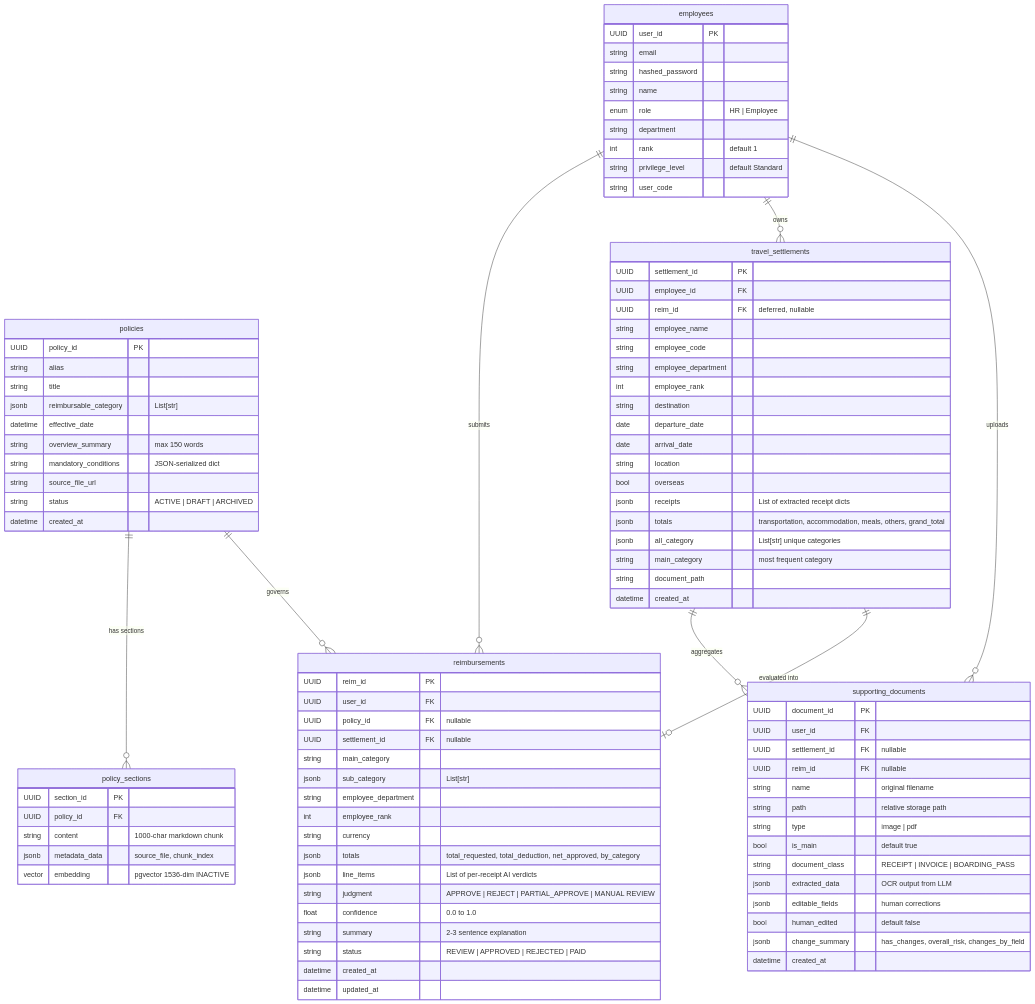
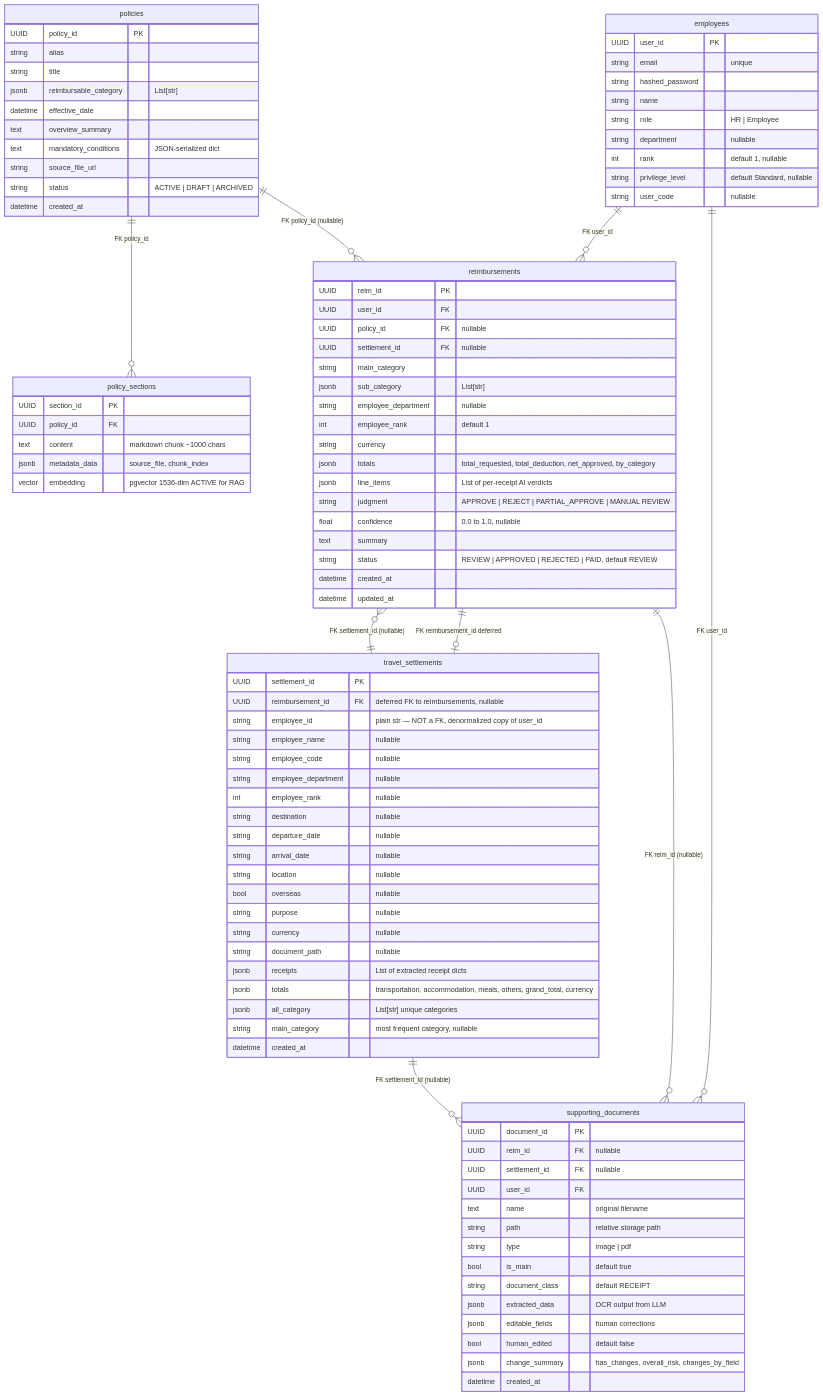
One commit to FilbertNg/reclaim_backup changed the fifth of 6 diagrams in docs/ai-templates/sad/SAD_Mermaid_Diagram.md. Above: the diagram before and after it, drawn with Mermaid. The commit also changed other lines of this file and 6 other files, not shown here.

````diff
--- a/docs/ai-templates/sad/SAD_Mermaid_Diagram.md
+++ b/docs/ai-templates/sad/SAD_Mermaid_Diagram.md
@@ -217,14 +222,14 @@
 erDiagram
     employees {
         UUID user_id PK
-        string email
+        string email "unique"
         string hashed_password
         string name
-        enum role "HR | Employee"
-        string department
-        int rank "default 1"
-        string privilege_level "default Standard"
-        string user_code
+        string role "HR | Employee"
+        string department "nullable"
+        int rank "default 1, nullable"
+        string privilege_level "default Standard, nullable"
+        string user_code "nullable"
     }
 
     policies {
@@ -233,8 +238,8 @@
         string title
         jsonb reimbursable_category "List[str]"
         datetime effective_date
-        string overview_summary "max 150 words"
-        string mandatory_conditions "JSON-serialized dict"
+        text overview_summary
+        text mandatory_conditions "JSON-serialized dict"
         string source_file_url
         string status "ACTIVE | DRAFT | ARCHIVED"
         datetime created_at
@@ -243,29 +248,31 @@
     policy_sections {
         UUID section_id PK
         UUID policy_id FK
-        string content "1000-char markdown chunk"
+        text content "markdown chunk ~1000 chars"
         jsonb metadata_data "source_file, chunk_index"
-        vector embedding "pgvector 1536-dim INACTIVE"
+        vector embedding "pgvector 1536-dim ACTIVE for RAG"
     }
 
     travel_settlements {
         UUID settlement_id PK
-        UUID employee_id FK
-        UUID reim_id FK "deferred, nullable"
-        string employee_name
-        string employee_code
-        string employee_department
-        int employee_rank
-        string destination
-        date departure_date
-        date arrival_date
-        string location
-        bool overseas
+        UUID reimbursement_id FK "deferred FK to reimbursements, nullable"
+        string employee_id "plain str — NOT a FK, denormalized copy of user_id"
+        string employee_name "nullable"
+        string employee_code "nullable"
+        string employee_department "nullable"
+        int employee_rank "nullable"
+        string destination "nullable"
+        string departure_date "nullable"
+        string arrival_date "nullable"
+        string location "nullable"
+        bool overseas "nullable"
+        string purpose "nullable"
+        string currency "nullable"
+        string document_path "nullable"
         jsonb receipts "List of extracted receipt dicts"
-        jsonb totals "transportation, accommodation, meals, others, grand_total"
+        jsonb totals "transportation, accommodation, meals, others, grand_total, currency"
         jsonb all_category "List[str] unique categories"
-        string main_category "most frequent category"
-        string document_path
+        string main_category "most frequent category, nullable"
         datetime created_at
     }
 
@@ -276,29 +283,29 @@
         UUID settlement_id FK "nullable"
         string main_category
         jsonb sub_category "List[str]"
-        string employee_department
-        int employee_rank
+        string employee_department "nullable"
+        int employee_rank "default 1"
         string currency
         jsonb totals "total_requested, total_deduction, net_approved, by_category"
         jsonb line_items "List of per-receipt AI verdicts"
         string judgment "APPROVE | REJECT | PARTIAL_APPROVE | MANUAL REVIEW"
-        float confidence "0.0 to 1.0"
-        string summary "2-3 sentence explanation"
-        string status "REVIEW | APPROVED | REJECTED | PAID"
+        float confidence "0.0 to 1.0, nullable"
+        text summary
+        string status "REVIEW | APPROVED | REJECTED | PAID, default REVIEW"
         datetime created_at
         datetime updated_at
     }
 
     supporting_documents {
         UUID document_id PK
+        UUID reim_id FK "nullable"
+        UUID settlement_id FK "nullable"
         UUID user_id FK
-        UUID settlement_id FK "nullable"
-        UUID reim_id FK "nullable"
-        string name "original filename"
+        text name "original filename"
         string path "relative storage path"
         string type "image | pdf"
         bool is_main "default true"
-        string document_class "RECEIPT | INVOICE | BOARDING_PASS"
+        string document_class "default RECEIPT"
         jsonb extracted_data "OCR output from LLM"
         jsonb editable_fields "human corrections"
         bool human_edited "default false"
@@ -306,11 +313,12 @@
         datetime created_at
     }
 
-    employees ||--o{ reimbursements : "submits"
-    employees ||--o{ travel_settlements : "owns"
-    employees ||--o{ supporting_documents : "uploads"
-    policies ||--o{ policy_sections : "has sections"
-    policies ||--o{ reimbursements : "governs"
-    travel_settlements ||--o{ supporting_documents : "aggregates"
-    travel_settlements ||--o| reimbursements : "evaluated into"
+    employees ||--o{ reimbursements : "FK user_id"
+    employees ||--o{ supporting_documents : "FK user_id"
+    policies ||--o{ policy_sections : "FK policy_id"
+    policies ||--o{ reimbursements : "FK policy_id (nullable)"
+    reimbursements ||--o{ supporting_documents : "FK reim_id (nullable)"
+    reimbursements ||--o| travel_settlements : "FK reimbursement_id deferred"
+    travel_settlements ||--o{ supporting_documents : "FK settlement_id (nullable)"
+    reimbursements }o--|| travel_settlements : "FK settlement_id (nullable)"
 ```
````
